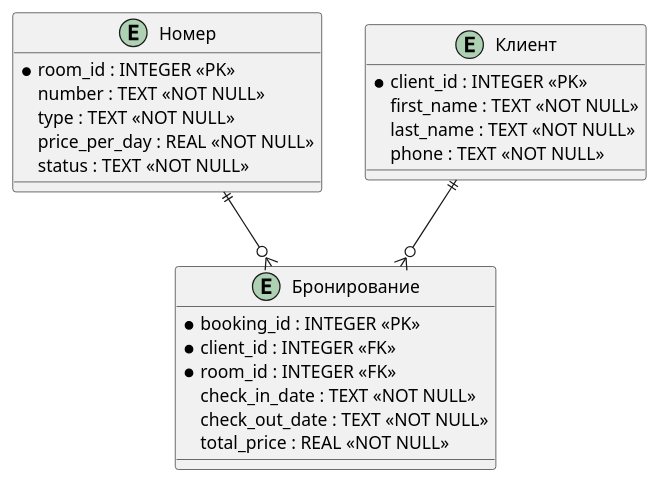
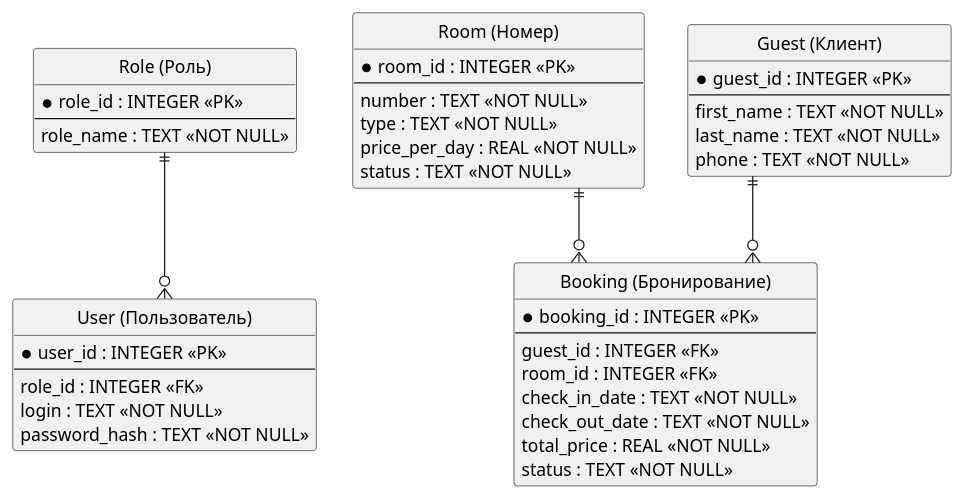
One commit to Goustus/laboratorka-infa2 changed the diagram in diagrams/er_diagram.puml. Above: the diagram before and after it, drawn with PlantUML. The commit also changed 9 other files, not shown here.

Commit message:
лаба 3 переделанная er

```diff
--- a/diagrams/er_diagram.puml
+++ b/diagrams/er_diagram.puml
@@ -1,30 +1,53 @@
 @startuml
+hide circle
+skinparam linetype ortho
 
-entity "Номер" as номер {
+' Таблицы
+entity "Role (Роль)" as role {
+  * role_id : INTEGER «PK»
+  --
+  role_name : TEXT «NOT NULL»
+}
+
+entity "User (Пользователь)" as user {
+  * user_id : INTEGER «PK»
+  --
+  role_id : INTEGER «FK»
+  login : TEXT «NOT NULL»
+  password_hash : TEXT «NOT NULL»
+}
+
+entity "Room (Номер)" as room {
   * room_id : INTEGER «PK»
+  --
   number : TEXT «NOT NULL»
   type : TEXT «NOT NULL»
   price_per_day : REAL «NOT NULL»
   status : TEXT «NOT NULL»
 }
 
-entity "Клиент" as клиент {
-  * client_id : INTEGER «PK»
+entity "Guest (Клиент)" as guest {
+  * guest_id : INTEGER «PK»
+  --
   first_name : TEXT «NOT NULL»
   last_name : TEXT «NOT NULL»
   phone : TEXT «NOT NULL»
 }
 
-entity "Бронирование" as бронирование {
+entity "Booking (Бронирование)" as booking {
   * booking_id : INTEGER «PK»
-  * client_id : INTEGER «FK»
-  * room_id : INTEGER «FK»
+  --
+  guest_id : INTEGER «FK»
+  room_id : INTEGER «FK»
   check_in_date : TEXT «NOT NULL»
   check_out_date : TEXT «NOT NULL»
   total_price : REAL «NOT NULL»
+  status : TEXT «NOT NULL»
 }
 
-клиент ||--o{ бронирование
-номер ||--o{ бронирование 
+' Связи
+role ||--o{ user
+guest ||--o{ booking
+room ||--o{ booking
 
 @enduml
```
